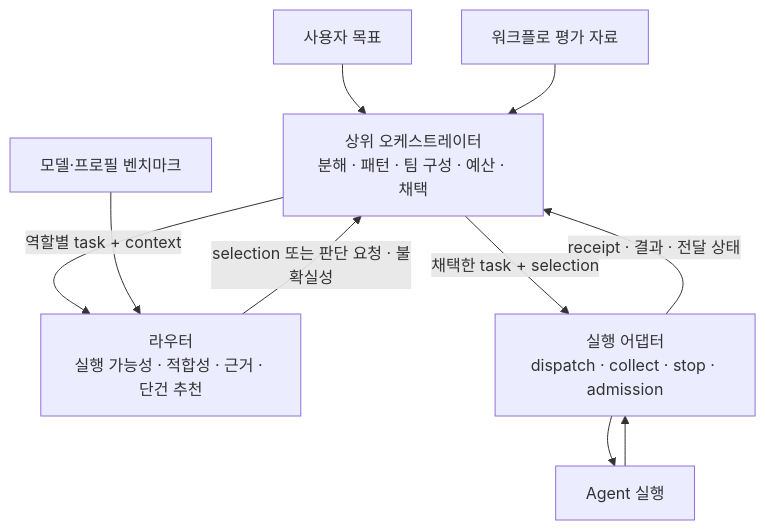
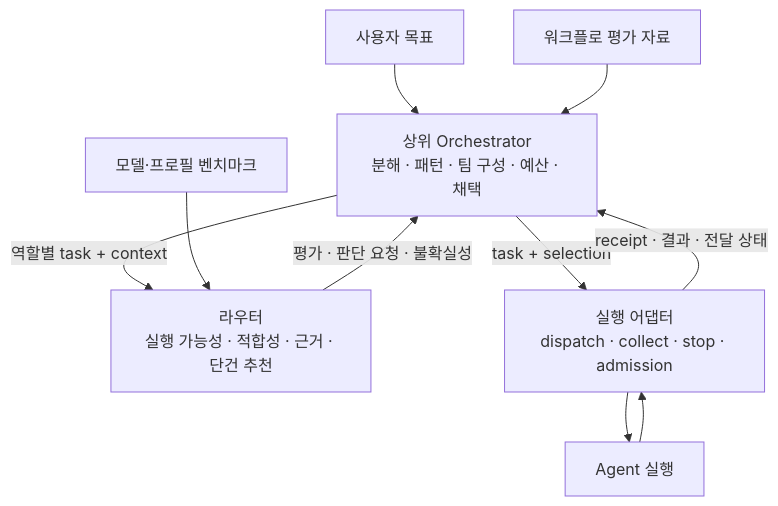
Before and after one commit to hjlim4u/bench-router: the diagram in docs/orchestration-boundary.md, drawn with Mermaid. The commit also changed other lines of this file and 18 other files, not shown here.

````diff
--- a/docs/orchestration-boundary.md
+++ b/docs/orchestration-boundary.md
@@ -48,12 +22,12 @@
 ```mermaid
 flowchart TD
-    U[사용자 목표] --> O[상위 오케스트레이터<br/>분해 · 패턴 · 팀 구성 · 예산 · 채택]
+    U[사용자 목표] --> O[상위 Orchestrator<br/>분해 · 패턴 · 팀 구성 · 예산 · 채택]
     O -->|역할별 task + context| R[라우터<br/>실행 가능성 · 적합성 · 근거 · 단건 추천]
-    R -->|selection 또는 판단 요청 · 불확실성| O
+    R -->|평가 · 판단 요청 · 불확실성| O
     W[워크플로 평가 자료] --> O
     B[모델·프로필 벤치마크] --> R
-    O -->|채택한 task + selection| E[실행 어댑터<br/>dispatch · collect · stop · admission]
+    O -->|task + selection| E[실행 어댑터<br/>dispatch · collect · stop · admission]
     E --> A[Agent 실행]
     A --> E
     E -->|receipt · 결과 · 전달 상태| O
 ```
````
